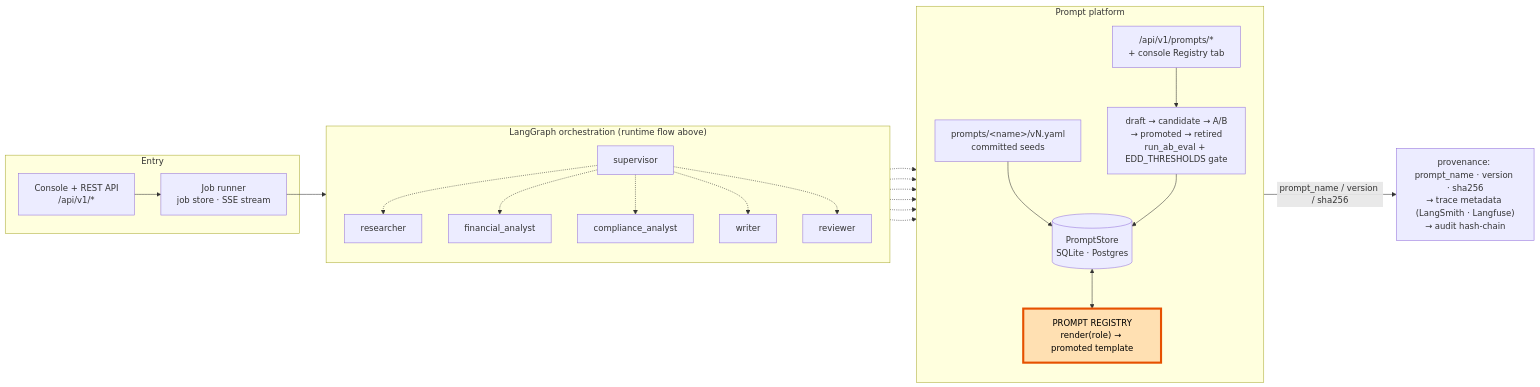
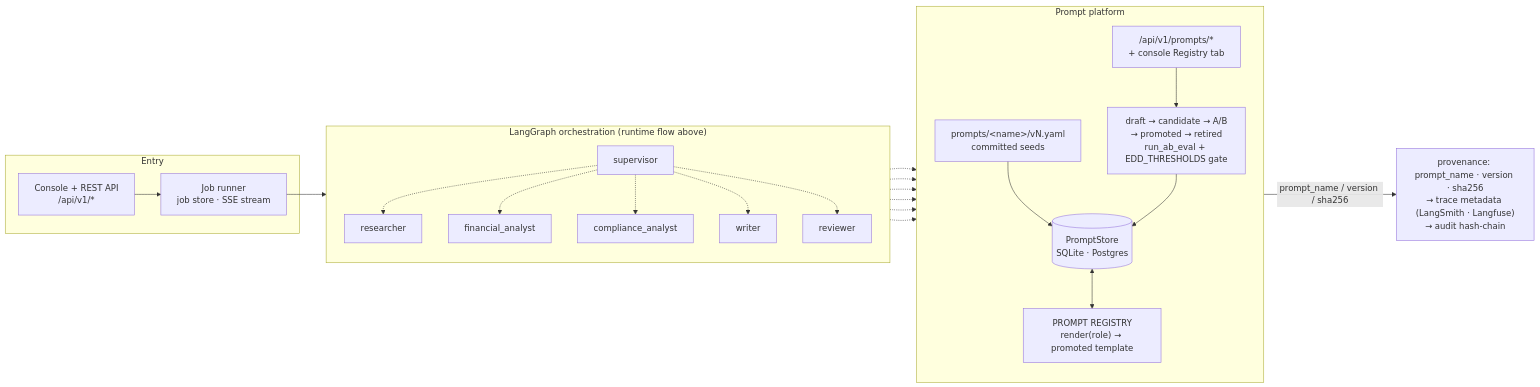
The second of 2 diagrams in README.md (kanderson-ai-dev/langgraph-multiagent-orchestrator), drawn with Mermaid before and after one commit. The commit also changed other lines of this file and 1 other file, not shown here.

First line of the commit message:
docs(readme): drop pastel mermaid styling for theme-default rendering

````diff
--- a/README.md
+++ b/README.md
@@ -161,38 +157,36 @@
 ```mermaid
 flowchart LR
     subgraph entry["Entry"]
         console["Console + REST API<br/>/api/v1/*"]
         runner["Job runner<br/>job store · SSE stream"]
     end
 
     subgraph orch["LangGraph orchestration (runtime flow above)"]
         direction TB
         supervisor["supervisor"]
         researcher["researcher"]
         financial_analyst["financial_analyst"]
         compliance_analyst["compliance_analyst"]
         writer["writer"]
         reviewer["reviewer"]
     end
 
     subgraph platform["Prompt platform"]
         direction TB
         seeds["prompts/#lt;name#gt;/vN.yaml<br/>committed seeds"]
         store[("PromptStore<br/>SQLite · Postgres")]
         api["/api/v1/prompts/*<br/>+ console Registry tab"]
         lifecycle["draft → candidate → A/B<br/>→ promoted → retired<br/>run_ab_eval + EDD_THRESHOLDS gate"]
-        registry["PROMPT REGISTRY<br/>render(role) → promoted template"]:::registry
+        registry["PROMPT REGISTRY<br/>render(role) → promoted template"]
     end
 
     prov["provenance: prompt_name · version · sha256<br/>→ trace metadata (LangSmith · Langfuse)<br/>→ audit hash-chain"]
 
     console --> runner --> supervisor
     supervisor -.-> researcher & financial_analyst & compliance_analyst & writer & reviewer
     seeds --> store
     api --> lifecycle --> store
     store <--> registry
     supervisor & researcher & financial_analyst & compliance_analyst & writer & reviewer -.-> registry
     registry -- "prompt_name / version / sha256" --> prov
-
-    classDef registry fill:#ffe0b2,stroke:#e65100,stroke-width:4px,color:#000
 ```
````
